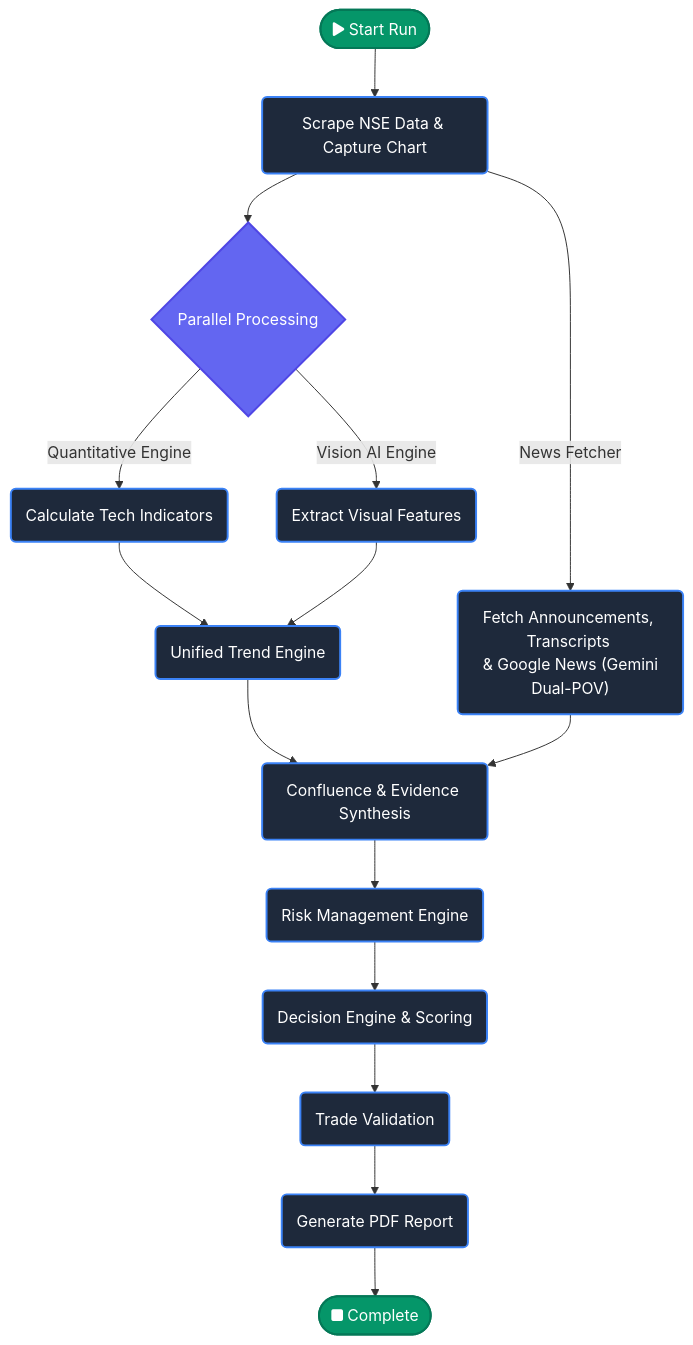
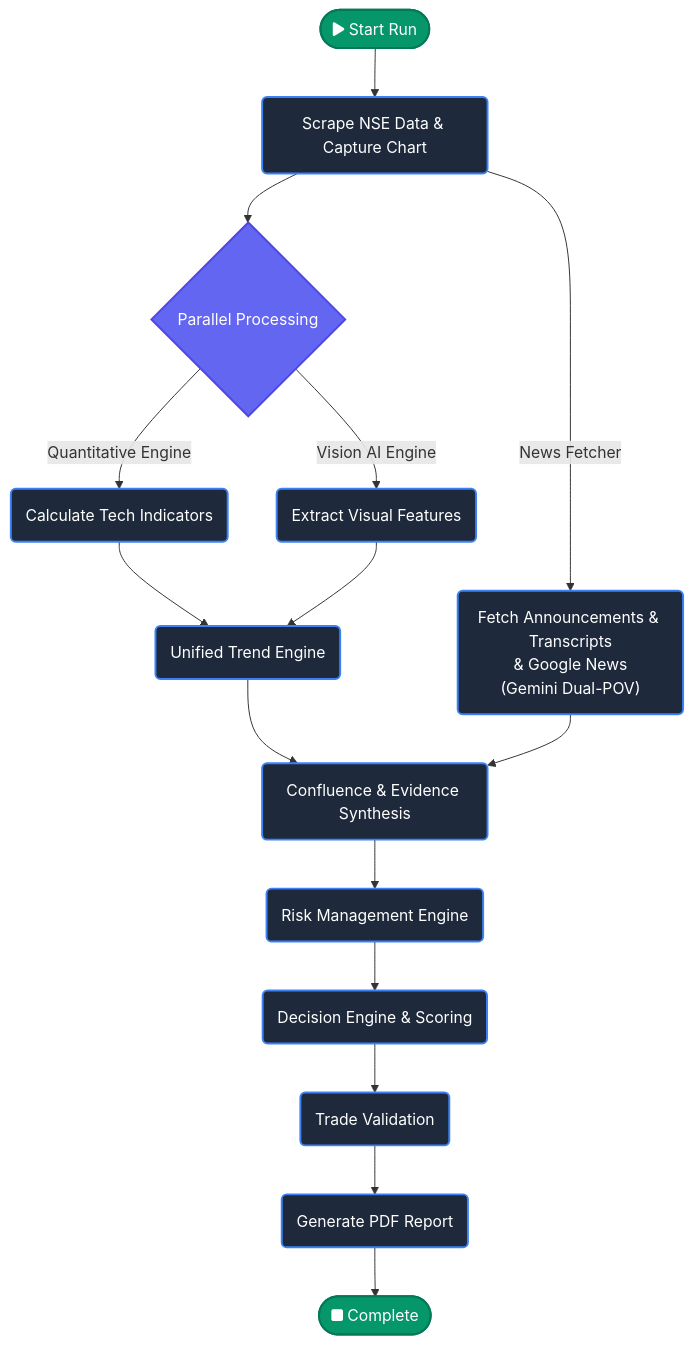
The diagram in README.md (rushabhkhandhar/VisuQuant), drawn with Mermaid before and after one commit.

````diff
--- a/README.md
+++ b/README.md
@@ -13,27 +13,27 @@
 ```mermaid
 graph TD
     %% Main Pipeline
     Start([fa:fa-play Start Run]) --> A(Scrape NSE Data & Capture Chart)
     A --> B{Parallel Processing}
     B -->|Quantitative Engine| C(Calculate Tech Indicators)
     B -->|Vision AI Engine| D(Extract Visual Features)
     C --> E(Unified Trend Engine)
     D --> E
     E --> F(Confluence & Evidence Synthesis)
-    A -->|News Fetcher| News("Fetch Announcements, Transcripts <br> & Google News (Gemini Dual-POV)")
+    A -->|News Fetcher| News("Fetch Announcements & Transcripts<br>& Google News<br>(Gemini Dual-POV)")
     News --> F
     F --> G(Risk Management Engine)
     G --> H(Decision Engine & Scoring)
     H --> I(Trade Validation)
     I --> J(Generate PDF Report)
     J --> End([fa:fa-stop Complete])
 
     %% Styling
     classDef node fill:#1e293b,stroke:#3b82f6,stroke-width:2px,color:#fff;
     classDef startend fill:#059669,stroke:#047857,stroke-width:2px,color:#fff;
     classDef parallel fill:#6366f1,stroke:#4f46e5,stroke-width:2px,color:#fff;
     
     class A,C,D,E,F,G,H,I,J node;
     class Start,End startend;
     class B parallel;
 ```
````
